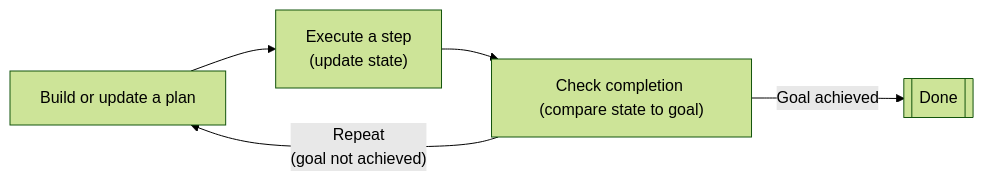
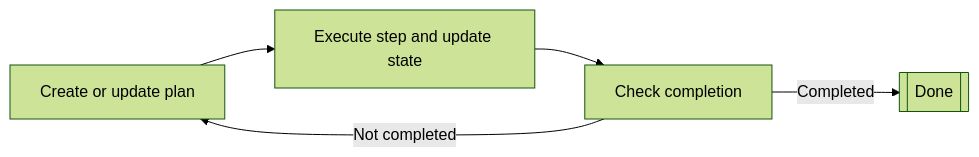
Before and after one commit to JetBrains/koog: the diagram in docs/docs/planner-agents.md, drawn with Mermaid (forest theme). The commit also changed other lines of this file, not shown here.

````diff
--- a/docs/docs/planner-agents.md
+++ b/docs/docs/planner-agents.md
@@ -43,7 +18,7 @@
 ```mermaid
 graph LR
-  A[Build or update a plan] --> B["Execute a step <br> (update state)"]
-  B --> C["Check completion (compare state to goal)"]
-  C -->|Goal achieved| D[[Done]]
-  C -->|"Repeat <br> (goal not achieved)"| A
+  A[Create or update plan] --> B["Execute step and update state"]
+  B --> C["Check completion"]
+  C -->|Completed| D[[Done]]
+  C -->|"Not completed"| A
 ```
````
